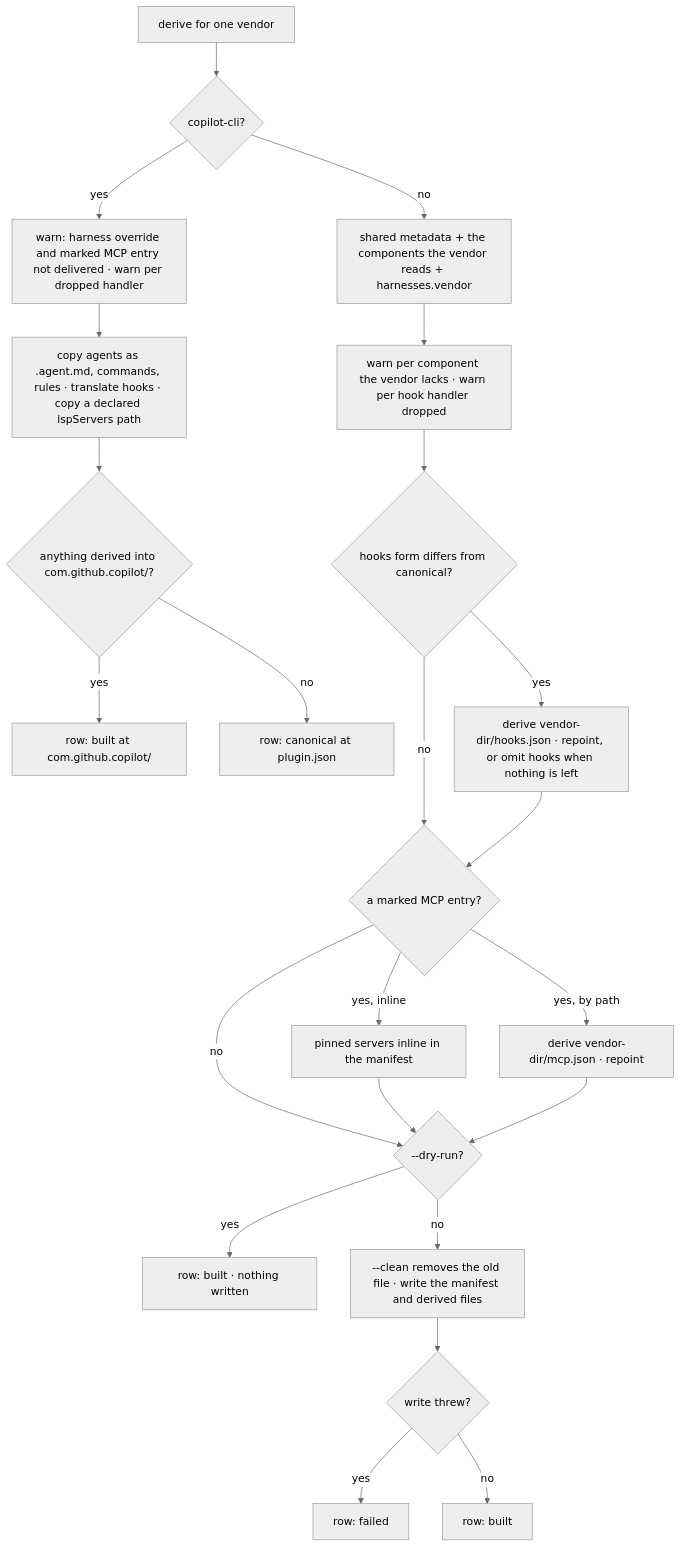
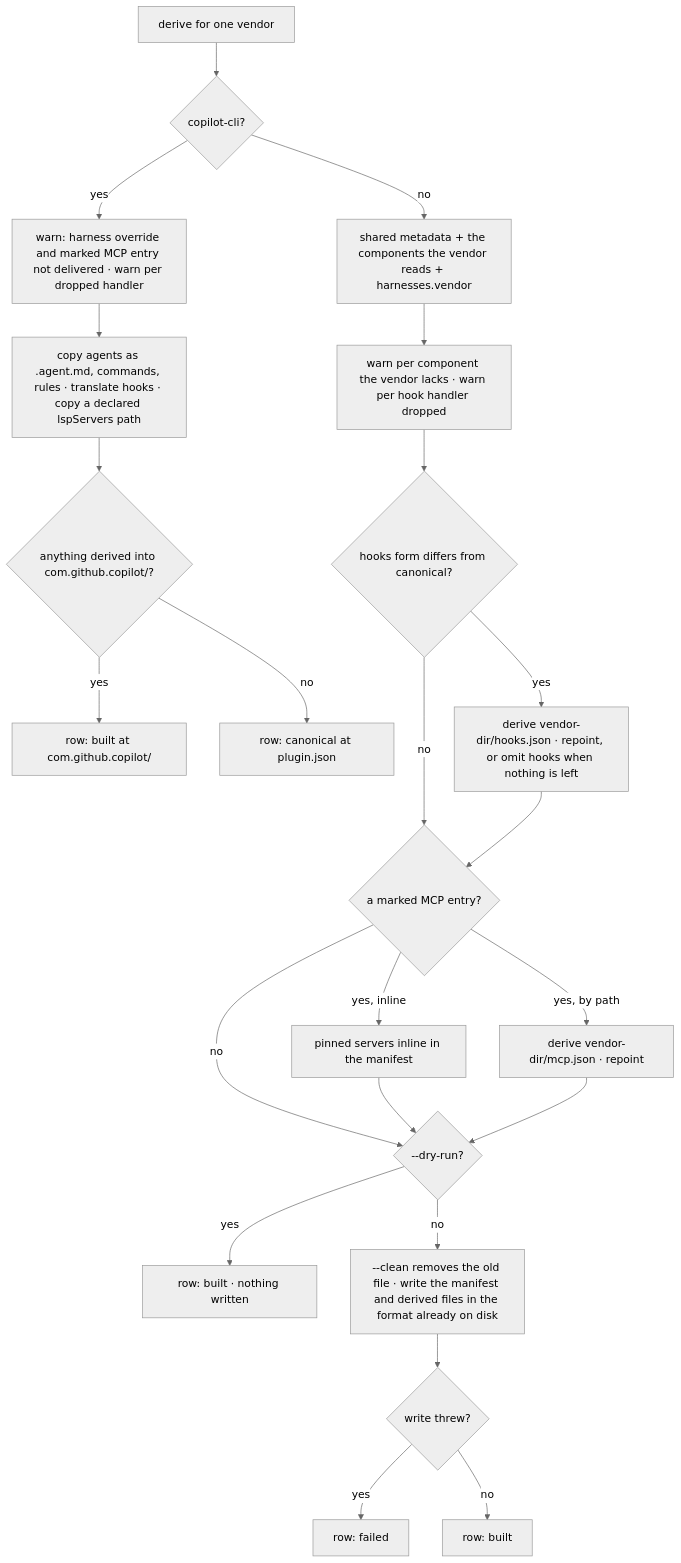
One commit to cyberuni/universal-plugin changed the second of 2 diagrams in packages/universal-plugin/.agents/spec/plugin/build/README.md. Above: the diagram before and after it, drawn with Mermaid (neutral theme). The commit also changed other lines of this file and 17 other files, not shown here.

First line of the commit message:
fix: write JSON in the repository's own format (#169)

````diff
--- a/packages/universal-plugin/.agents/spec/plugin/build/README.md
+++ b/packages/universal-plugin/.agents/spec/plugin/build/README.md
@@ -291,26 +298,26 @@
 ```mermaid
 graph TD
   A[derive for one vendor] --> CAN{copilot-cli?}
   CAN -->|yes| WARN[warn: harness override and marked MCP entry not delivered · warn per dropped handler]
   WARN --> NS[copy agents as .agent.md, commands, rules · translate hooks · copy a declared lspServers path]
   NS --> ANY{anything derived into com.github.copilot/?}
   ANY -->|yes| R_NS[row: built at com.github.copilot/]
   ANY -->|no| R_CAN[row: canonical at plugin.json]
   CAN -->|no| MERGE[shared metadata + the components the vendor reads + harnesses.vendor]
   MERGE --> DROP[warn per component the vendor lacks · warn per hook handler dropped]
   DROP --> HK{hooks form differs from canonical?}
   HK -->|yes| HKW[derive vendor-dir/hooks.json · repoint, or omit hooks when nothing is left]
   HK -->|no| MCP
   HKW --> MCP{a marked MCP entry?}
   MCP -->|yes, inline| MCPI[pinned servers inline in the manifest]
   MCP -->|yes, by path| MCPF[derive vendor-dir/mcp.json · repoint]
   MCP -->|no| W
   MCPI --> W
   MCPF --> W
   W{--dry-run?}
   W -->|yes| R_PLAN[row: built · nothing written]
-  W -->|no| WR[--clean removes the old file · write the manifest and derived files]
+  W -->|no| WR[--clean removes the old file · write the manifest and derived files in the format already on disk]
   WR --> OK{write threw?}
   OK -->|yes| R_FAIL[row: failed]
   OK -->|no| R_BUILT[row: built]
 ```
````
